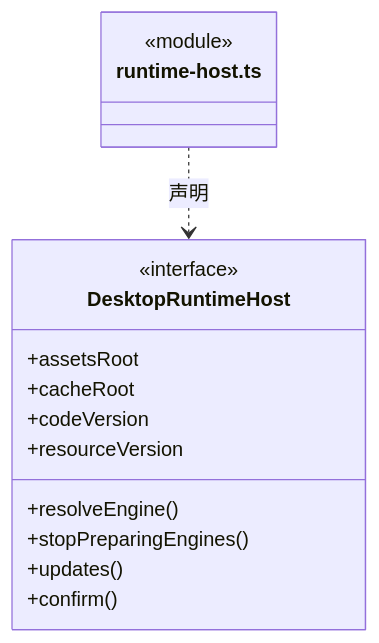
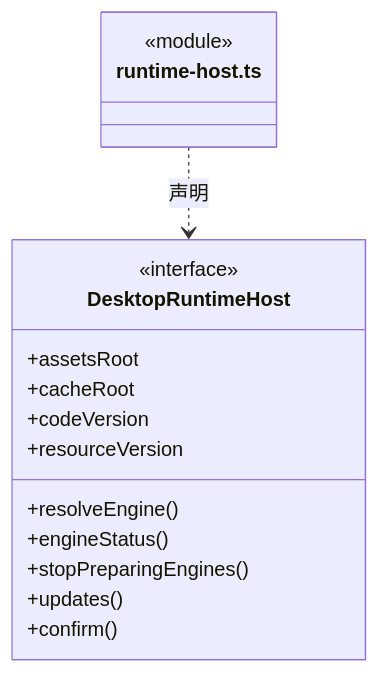
Before and after one commit to nan023062/cbim: diagram 11 of 23 in src/logic/updates/service/ARCHITECTURE.md, drawn with Mermaid. The commit also changed other lines of this file and 37 other files, not shown here.

````diff
--- a/src/logic/updates/service/ARCHITECTURE.md
+++ b/src/logic/updates/service/ARCHITECTURE.md
@@ -190,18 +217,19 @@
 ```mermaid
 classDiagram
 class N_src_logic_updates_service_runtime_host_ts["runtime-host.ts"] {
   <<module>>
 }
 class N_src_logic_updates_service_runtime_host_ts_DesktopRuntimeHost["DesktopRuntimeHost"] {
   <<interface>>
   +assetsRoot
   +cacheRoot
   +codeVersion
   +resourceVersion
   +resolveEngine()
+  +engineStatus()
   +stopPreparingEngines()
   +updates()
   +confirm()
 }
 N_src_logic_updates_service_runtime_host_ts ..> N_src_logic_updates_service_runtime_host_ts_DesktopRuntimeHost : 声明
 ```
````
